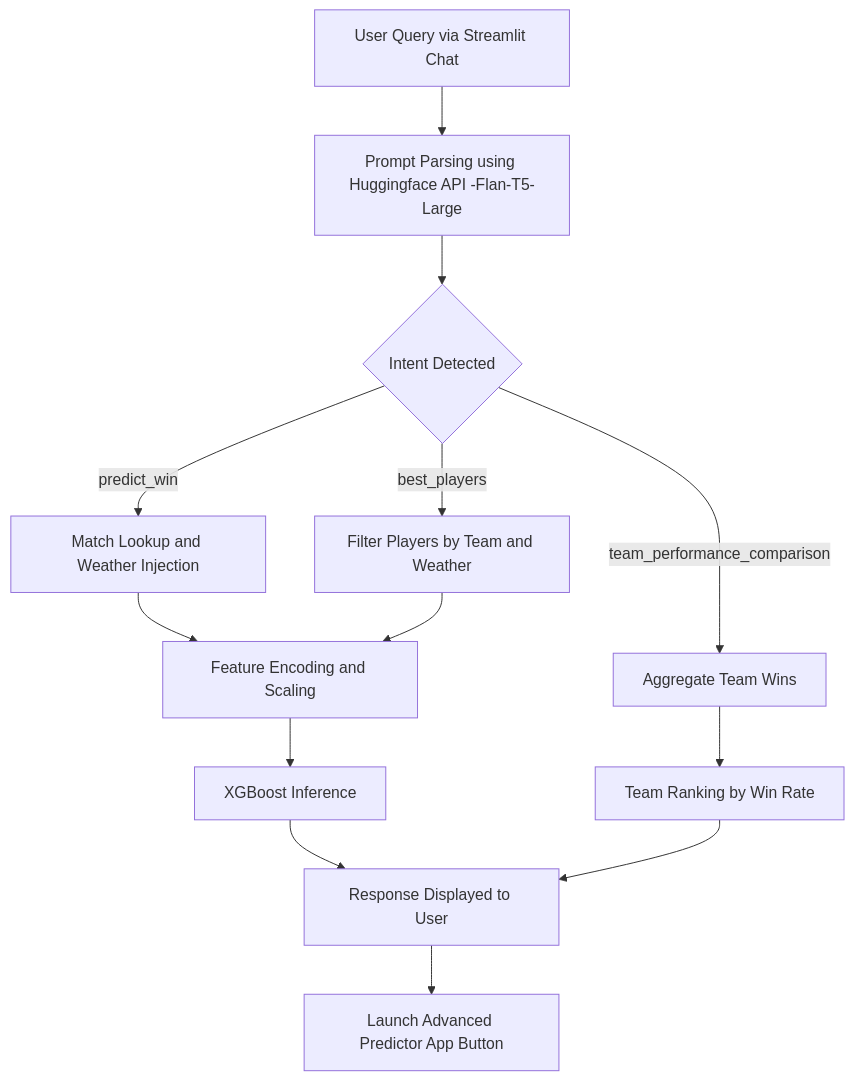
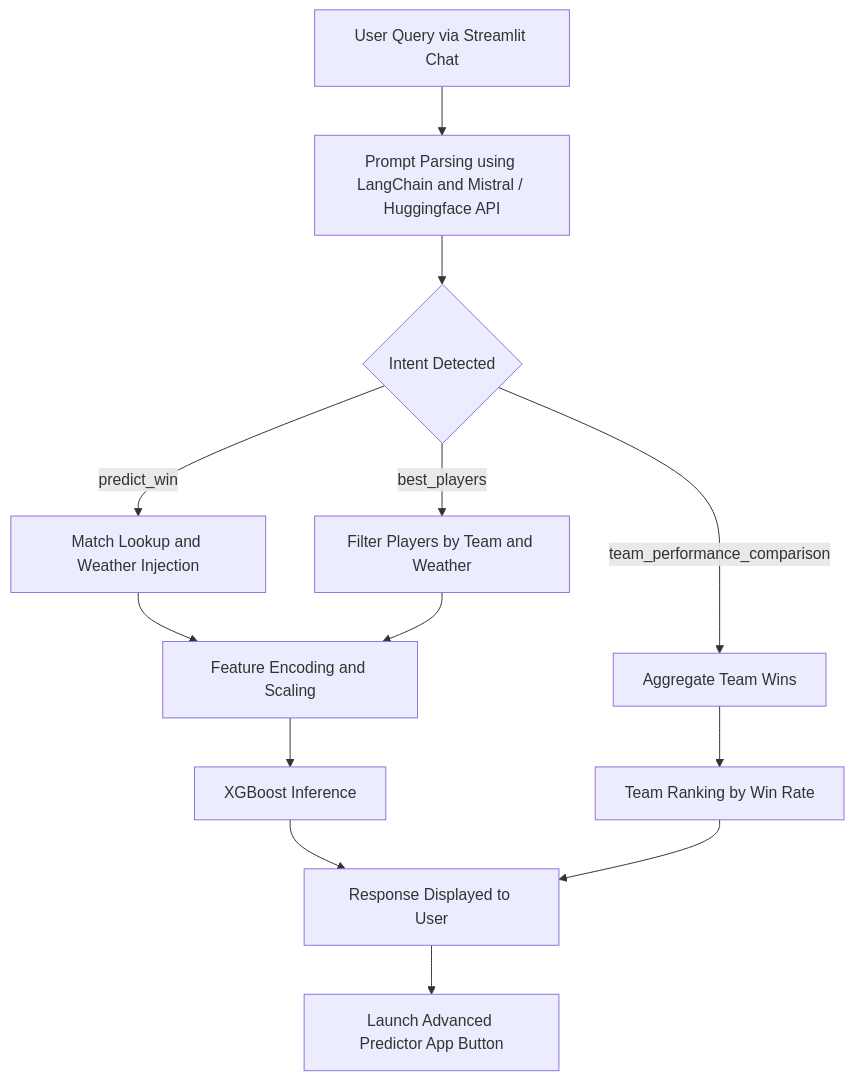
The first of 2 diagrams in README.md (shaunnoeljose/Football-Chatbot), drawn with Mermaid before and after one commit. The commit also changed other lines of this file, not shown here.

````diff
--- a/README.md
+++ b/README.md
@@ -93,15 +98,15 @@
 ```mermaid
 flowchart TD
-    A[User Query via Streamlit Chat] --> B[Prompt Parsing using Huggingface API -Flan-T5-Large]
+    A[User Query via Streamlit Chat] --> B[Prompt Parsing using LangChain and Mistral / Huggingface API]
     B --> C{Intent Detected}
     C -->|predict_win| D[Match Lookup and Weather Injection]
     C -->|best_players| E[Filter Players by Team and Weather]
     C -->|team_performance_comparison| F[Aggregate Team Wins]
     D --> G[Feature Encoding and Scaling]
     E --> G
     F --> H[Team Ranking by Win Rate]
     G --> I[XGBoost Inference]
     I --> J[Response Displayed to User]
     H --> J
     J --> K[Launch Advanced Predictor App Button]
 ```
````
